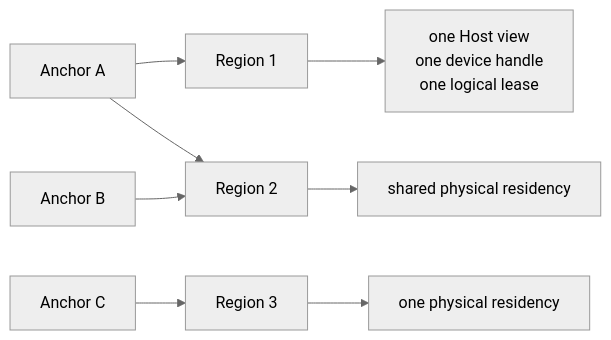
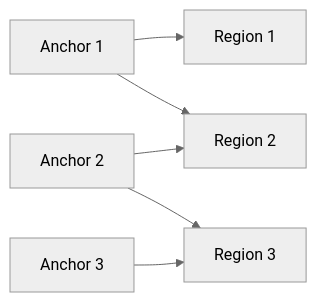
Before and after one commit to sjoon-oh/arachne-impl: the fifth of 13 diagrams in cpp/doc/code-documentation-v3.md, drawn with Mermaid (neutral theme). The commit also changed other lines of this file and 29 other files, not shown here.

````diff
--- a/cpp/doc/code-documentation-v3.md
+++ b/cpp/doc/code-documentation-v3.md
@@ -894,10 +305,8 @@
 ```mermaid
 flowchart LR
-    A1[Anchor A] --> R1[Region 1]
+    A1[Anchor 1] --> R1[Region 1]
     A1 --> R2[Region 2]
-    A2[Anchor B] --> R2
-    A3[Anchor C] --> R3[Region 3]
-    R1 --> P1[one Host view<br/>one device handle<br/>one logical lease]
-    R2 --> P2[shared physical residency]
-    R3 --> P3[one physical residency]
+    A2[Anchor 2] --> R2
+    A2 --> R3[Region 3]
+    A3[Anchor 3] --> R3
 ```
````
